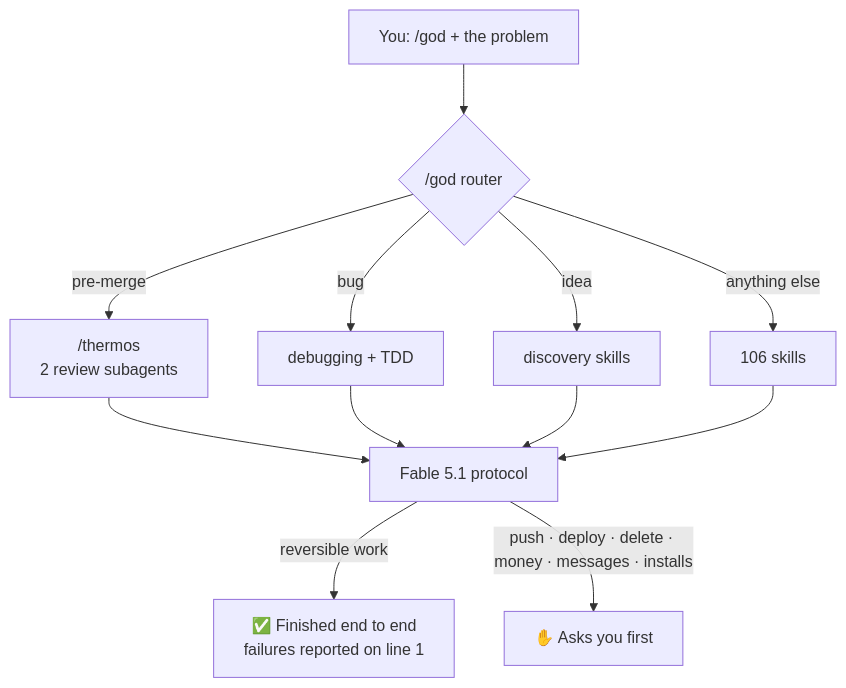
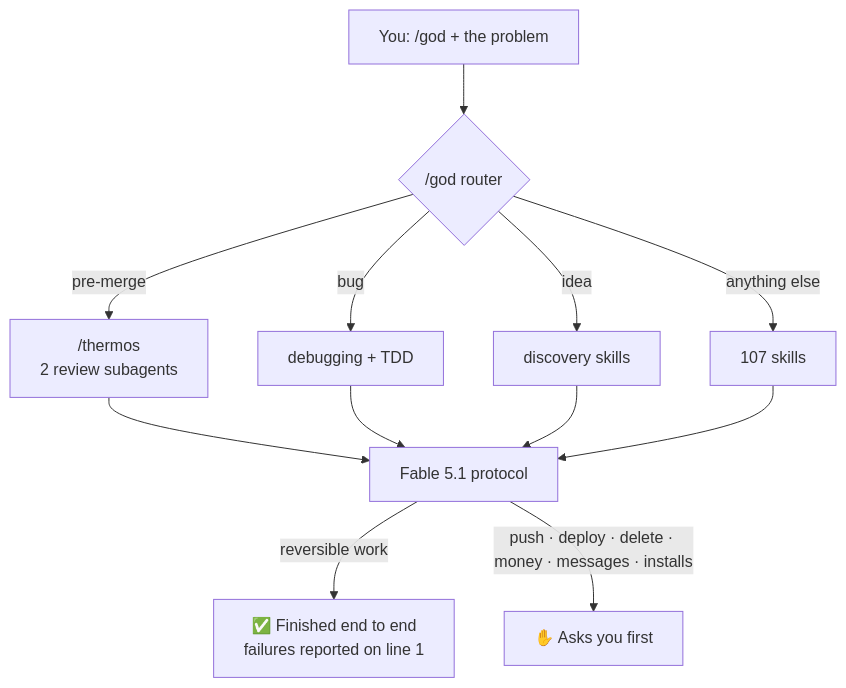
The diagram in README.md (Gastonchevarria/god-mode), drawn with Mermaid before and after one commit. The commit also changed other lines of this file and 16 other files, not shown here.

````diff
--- a/README.md
+++ b/README.md
@@ -121,14 +121,14 @@
 ```mermaid
 flowchart TD
     U["You: /god + the problem"] --> R{"/god router"}
     R -->|pre-merge| T["/thermos<br/>2 review subagents"]
     R -->|bug| D["debugging + TDD"]
     R -->|idea| V["discovery skills"]
-    R -->|anything else| S["106 skills"]
+    R -->|anything else| S["107 skills"]
     T --> P["Fable 5.1 protocol"]
     D --> P
     V --> P
     S --> P
     P -->|reversible work| F["✅ Finished end to end<br/>failures reported on line 1"]
     P -->|push · deploy · delete · money · messages · installs| A["✋ Asks you first"]
 ```
````
